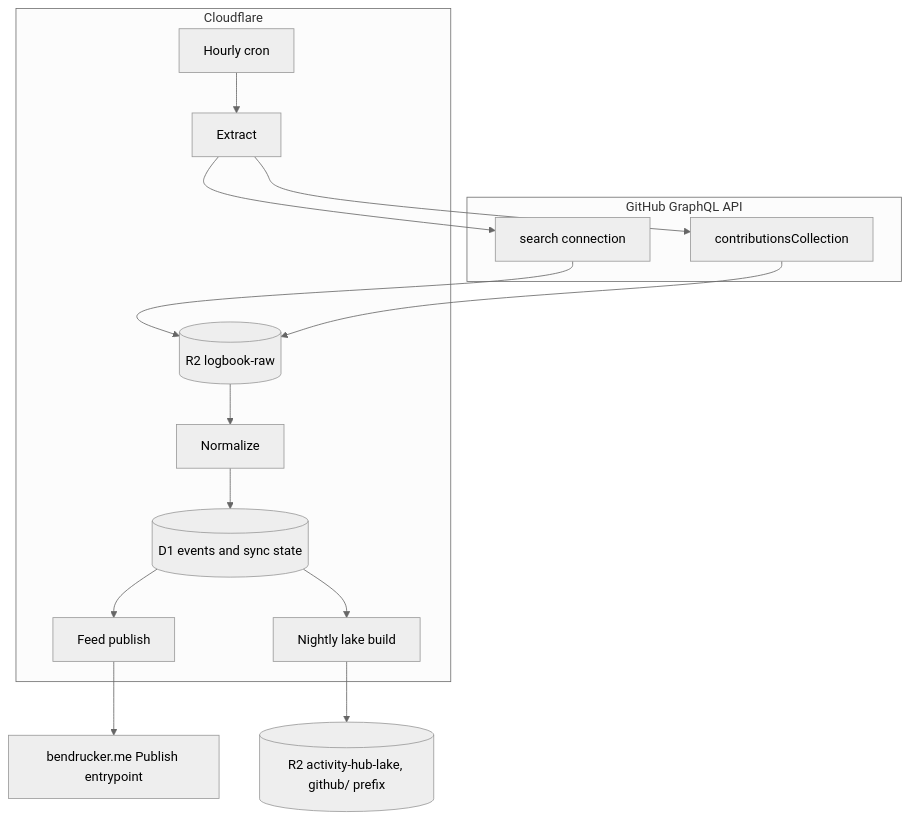
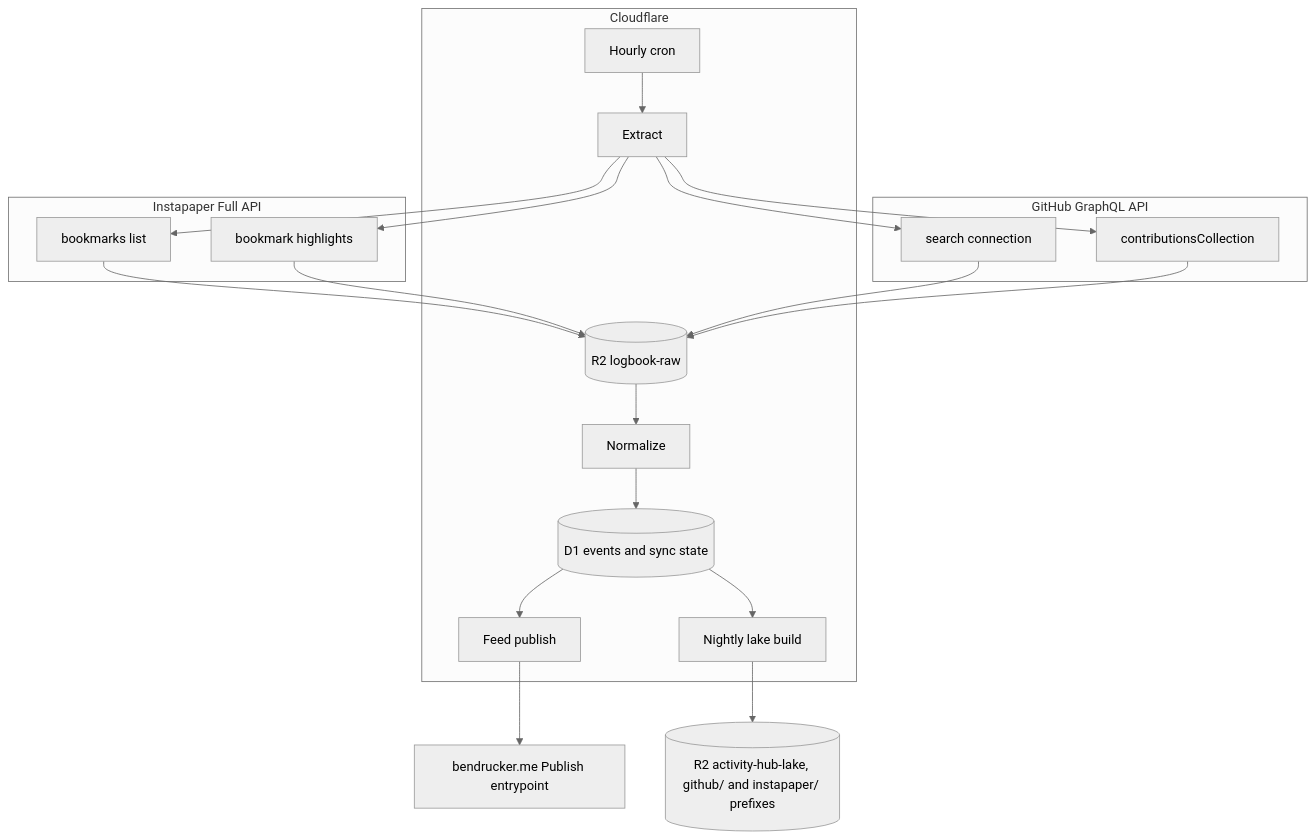
Before and after one commit to bendrucker/logbook: the diagram in docs/design.md, drawn with Mermaid (neutral theme). The commit also changed other lines of this file and 51 other files, not shown here.

````diff
--- a/docs/design.md
+++ b/docs/design.md
@@ -27,29 +27,38 @@
 ```mermaid
 flowchart TB
     subgraph gh [GitHub GraphQL API]
         search[search connection]
         contrib[contributionsCollection]
+    end
+
+    subgraph ip [Instapaper Full API]
+        bookmarks[bookmarks list]
+        highlights[bookmark highlights]
     end
 
     subgraph cf [Cloudflare]
         cron[Hourly cron]
         extract[Extract]
         normalize[Normalize]
         raw[(R2 logbook-raw)]
         d1[(D1 events and sync state)]
         feed[Feed publish]
         lakebuild[Nightly lake build]
     end
 
-    lake[(R2 activity-hub-lake, github/ prefix)]
+    lake[(R2 activity-hub-lake, github/ and instapaper/ prefixes)]
     site[bendrucker.me Publish entrypoint]
 
     cron --> extract
     extract --> search
     extract --> contrib
+    extract --> bookmarks
+    extract --> highlights
+    bookmarks --> raw
+    highlights --> raw
     search --> raw
     contrib --> raw
     raw --> normalize --> d1
     d1 --> feed --> site
     d1 --> lakebuild --> lake
 ```
````
